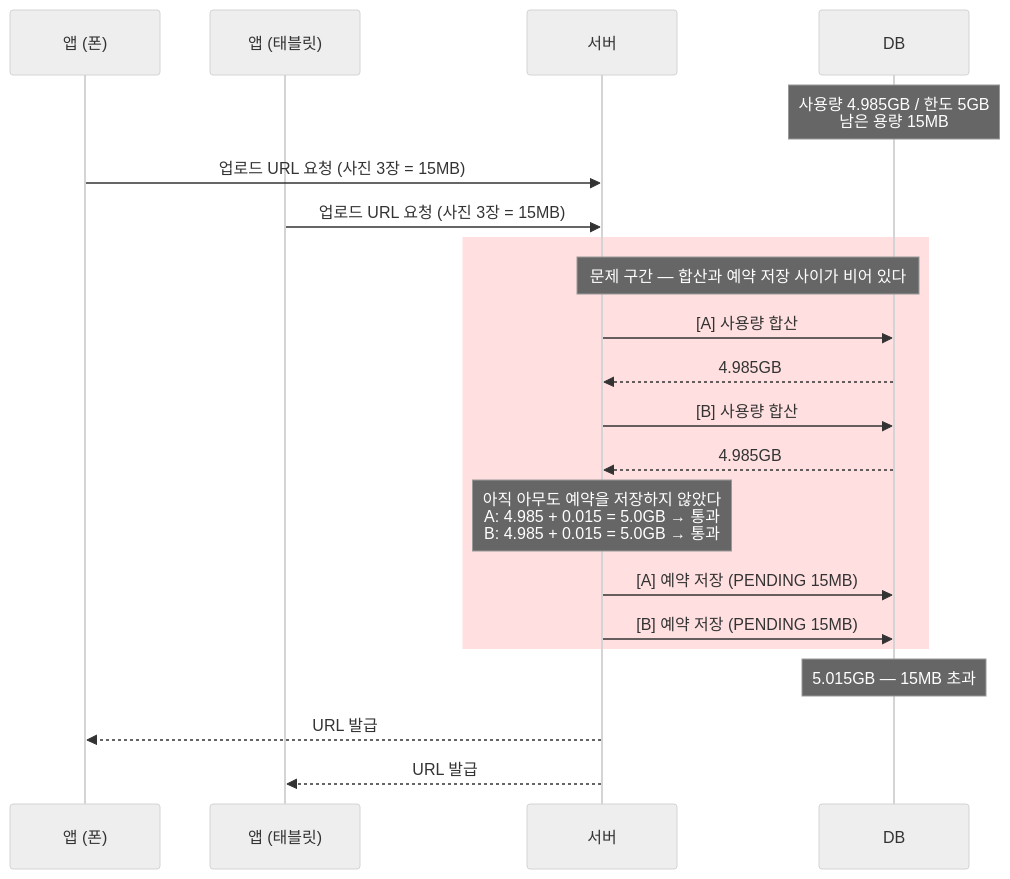
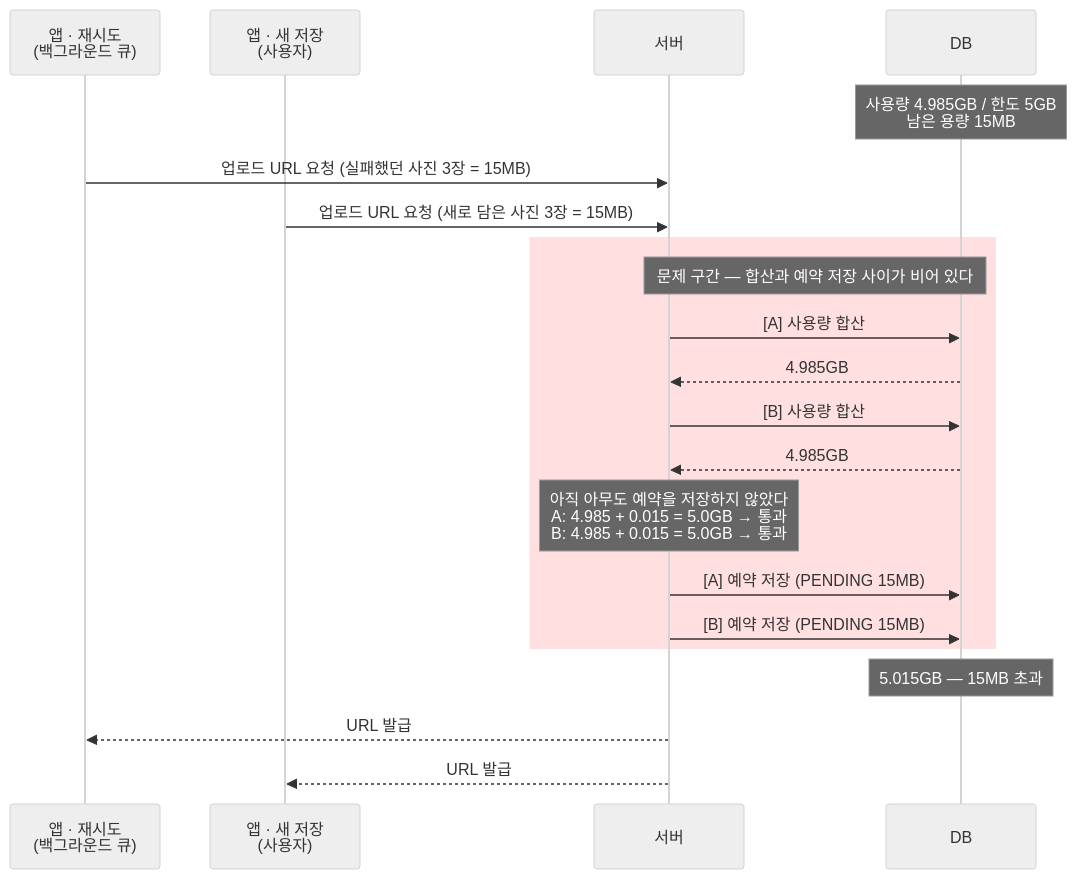
One commit to toIT-team/toIT_backend changed the diagram in docs/problems/storage-limit/diagrams/02-race-condition.mmd. Above: the diagram before and after it, drawn with Mermaid (neutral theme). The commit also changed 16 other files, not shown here.

```diff
--- a/docs/problems/storage-limit/diagrams/02-race-condition.mmd
+++ b/docs/problems/storage-limit/diagrams/02-race-condition.mmd
@@ -1,26 +1,26 @@
 sequenceDiagram
-    participant A as 앱 (폰)
-    participant B as 앱 (태블릿)
+    participant A as 앱 · 재시도<br/>(백그라운드 큐)
+    participant B as 앱 · 새 저장<br/>(사용자)
     participant 서버
     participant DB
 
     Note over DB: 사용량 4.985GB / 한도 5GB<br/>남은 용량 15MB
 
-    A->>서버: 업로드 URL 요청 (사진 3장 = 15MB)
-    B->>서버: 업로드 URL 요청 (사진 3장 = 15MB)
+    A->>서버: 업로드 URL 요청 (실패했던 사진 3장 = 15MB)
+    B->>서버: 업로드 URL 요청 (새로 담은 사진 3장 = 15MB)
 
     rect rgba(255, 80, 80, 0.18)
         Note over 서버,DB: 문제 구간 — 합산과 예약 저장 사이가 비어 있다
         서버->>DB: [A] 사용량 합산
         DB-->>서버: 4.985GB
         서버->>DB: [B] 사용량 합산
         DB-->>서버: 4.985GB
         Note over 서버: 아직 아무도 예약을 저장하지 않았다<br/>A: 4.985 + 0.015 = 5.0GB → 통과<br/>B: 4.985 + 0.015 = 5.0GB → 통과
         서버->>DB: [A] 예약 저장 (PENDING 15MB)
         서버->>DB: [B] 예약 저장 (PENDING 15MB)
     end
 
     Note over DB: 5.015GB — 15MB 초과
 
     서버-->>A: URL 발급
     서버-->>B: URL 발급
```
